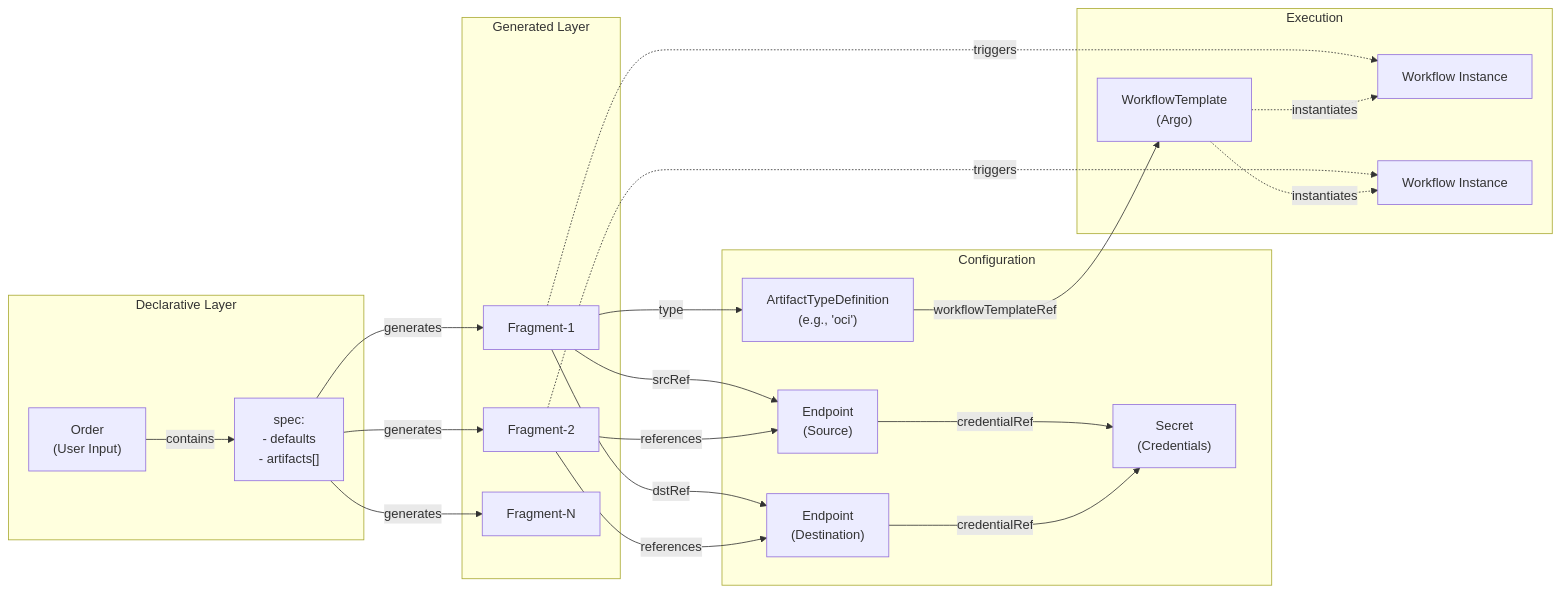
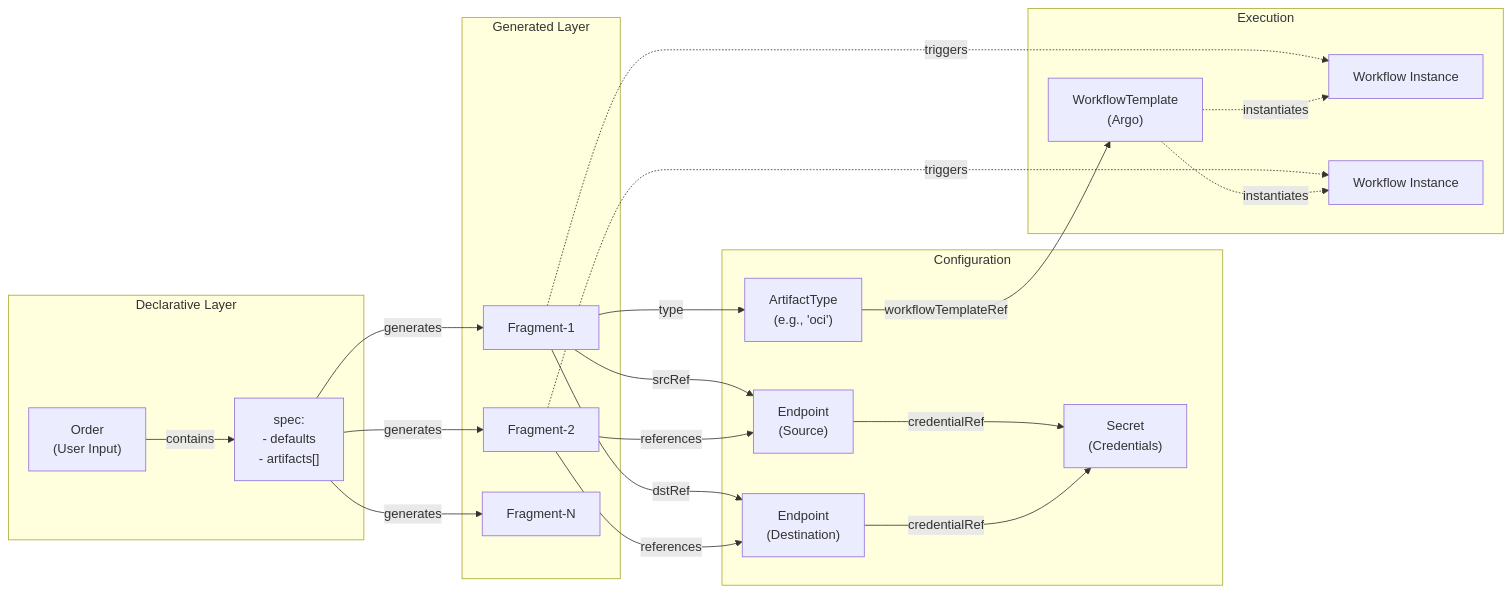
The second of 3 diagrams in docs/index.md (opendefensecloud/artifact-conduit), drawn with Mermaid before and after one commit. The commit also changed other lines of this file and 39 other files, not shown here.

Commit message:
rename ArtifactTypeDefinition to ArtifactType

````diff
--- a/docs/index.md
+++ b/docs/index.md
@@ -94,46 +94,46 @@
 ```mermaid
 graph LR
     subgraph "Declarative Layer"
         Order["Order<br/>(User Input)"]
         OrderSpec["spec:<br/>- defaults<br/>- artifacts[]"]
     end
     
     subgraph "Generated Layer"
         Fragment1["Fragment-1"]
         Fragment2["Fragment-2"]
         FragmentN["Fragment-N"]
     end
     
     subgraph "Configuration"
         SrcEndpoint["Endpoint<br/>(Source)"]
         DstEndpoint["Endpoint<br/>(Destination)"]
-        ATD["ArtifactTypeDefinition<br/>(e.g., 'oci')"]
+        ATD["ArtifactType<br/>(e.g., 'oci')"]
         Secret["Secret<br/>(Credentials)"]
     end
     
     subgraph "Execution"
         WorkflowTemplate["WorkflowTemplate<br/>(Argo)"]
         Workflow1["Workflow Instance"]
         Workflow2["Workflow Instance"]
     end
     
     Order -->|"contains"| OrderSpec
     OrderSpec -->|"generates"| Fragment1
     OrderSpec -->|"generates"| Fragment2
     OrderSpec -->|"generates"| FragmentN
     
     Fragment1 -->|"srcRef"| SrcEndpoint
     Fragment1 -->|"dstRef"| DstEndpoint
     Fragment1 -->|"type"| ATD
     Fragment2 -->|"references"| SrcEndpoint
     Fragment2 -->|"references"| DstEndpoint
     
     SrcEndpoint -->|"credentialRef"| Secret
     DstEndpoint -->|"credentialRef"| Secret
     
     ATD -->|"workflowTemplateRef"| WorkflowTemplate
     Fragment1 -.->|"triggers"| Workflow1
     Fragment2 -.->|"triggers"| Workflow2
     WorkflowTemplate -.->|"instantiates"| Workflow1
     WorkflowTemplate -.->|"instantiates"| Workflow2
 ```
````
